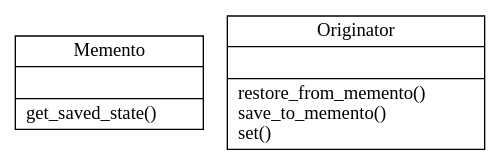
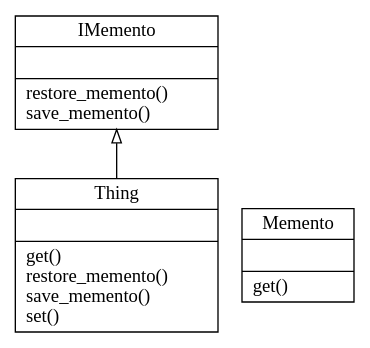
The diagram in memento/classes.dot (Sean-Bradley/Design-Patterns-In-Python), drawn with Graphviz before and after one commit. The commit also changed 10 other files, not shown here.

```diff
--- a/memento/classes.dot
+++ b/memento/classes.dot
@@ -1,6 +1,8 @@
 digraph "classes" {
 charset="utf-8"
 rankdir=BT
-"0" [label="{Memento|\l|get_saved_state()\l}", shape="record"];
-"1" [label="{Originator|\l|restore_from_memento()\lsave_to_memento()\lset()\l}", shape="record"];
+"0" [label="{IMemento|\l|restore_memento()\lsave_memento()\l}", shape="record"];
+"1" [label="{Memento|\l|get()\l}", shape="record"];
+"2" [label="{Thing|\l|get()\lrestore_memento()\lsave_memento()\lset()\l}", shape="record"];
+"2" -> "0" [arrowhead="empty", arrowtail="none"];
 }
```
